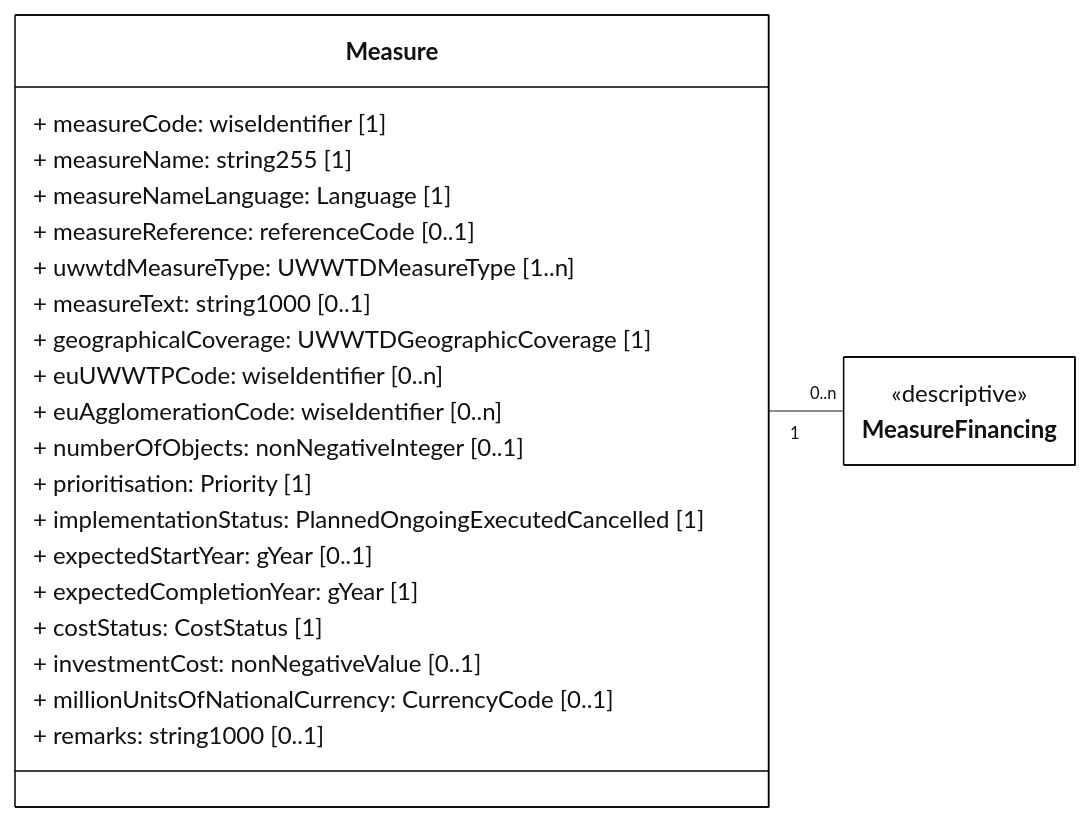
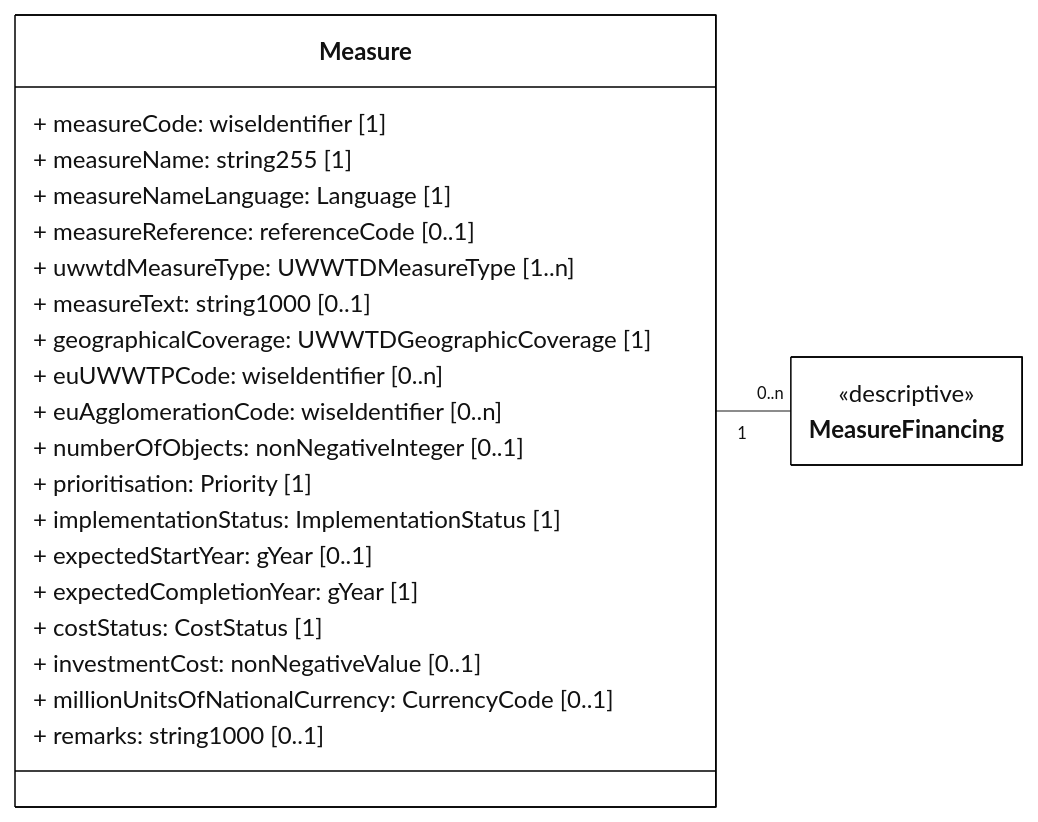
The diagram in docs/rUWWTD2024/Article23/mmd/Article23_Measure_ClassDiagram.mmd (eeadata/WISE.UWWTD.Documentation), drawn with Mermaid before and after one commit. The commit also changed 22 other files, not shown here.

```diff
--- a/docs/rUWWTD2024/Article23/mmd/Article23_Measure_ClassDiagram.mmd
+++ b/docs/rUWWTD2024/Article23/mmd/Article23_Measure_ClassDiagram.mmd
@@ -1,38 +1,38 @@
 ---
 config:
   class:
     hideEmptyMembersBox: true
   layout: dagre
   theme: neutral
 ---
 classDiagram
 direction LR
 
 class Measure{
     + measureCode: wiseIdentifier [1]
     + measureName: string255 [1]
     + measureNameLanguage: Language [1]
     + measureReference: referenceCode [0..1]
     + uwwtdMeasureType: UWWTDMeasureType [1..n]
     + measureText: string1000 [0..1]
     + geographicalCoverage: UWWTDGeographicCoverage [1]
     + euUWWTPCode: wiseIdentifier [0..n]
     + euAgglomerationCode: wiseIdentifier [0..n]
     + numberOfObjects: nonNegativeInteger [0..1]
     + prioritisation: Priority [1]
 
-    + implementationStatus: PlannedOngoingExecutedCancelled [1]
+    + implementationStatus: ImplementationStatus [1]
     + expectedStartYear: gYear [0..1]
     + expectedCompletionYear: gYear [1]
 
     + costStatus: CostStatus [1]
     + investmentCost: nonNegativeValue [0..1]
     + millionUnitsOfNationalCurrency: CurrencyCode [0..1]
     + remarks: string1000 [0..1]
 }
 class MeasureFinancing{<<descriptive>>}
 
 Measure "1" -- "0..n" MeasureFinancing
 
 classDef default fill:white,stroke:#000;
 classDef forFixing fill:white,stroke:#f00;
```
